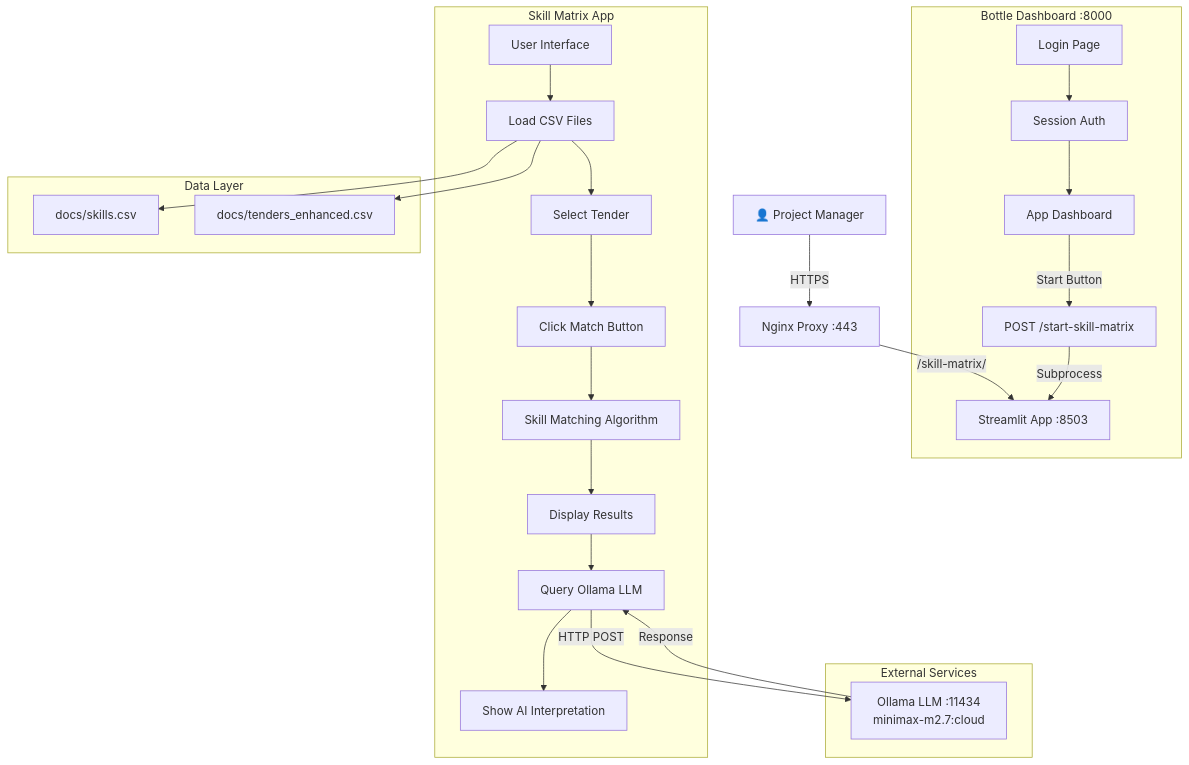
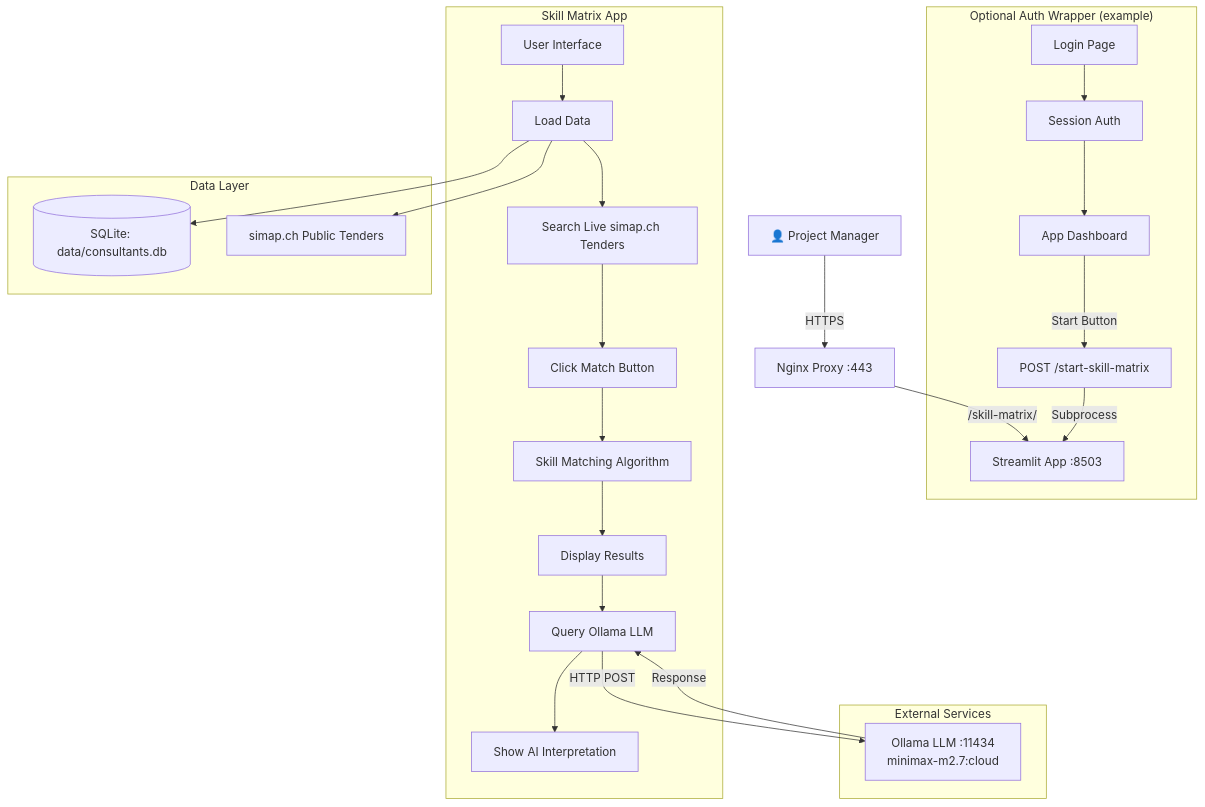
Before and after one commit to aicoreml/Skill-Matrix-Match-Simap-Tenders: the first of 10 diagrams in FLOWCHART.md, drawn with Mermaid. The commit also changed other lines of this file and 3 other files, not shown here.

````diff
--- a/FLOWCHART.md
+++ b/FLOWCHART.md
@@ -5,37 +5,37 @@
 ```mermaid
 graph TB
     User[👤 Project Manager] -->|HTTPS| Nginx[Nginx Proxy :443]
     Nginx -->|/skill-matrix/| Streamlit[Streamlit App :8503]
-    
-    subgraph "Bottle Dashboard :8000"
+
+    subgraph "Optional Auth Wrapper (example)"
         Login[Login Page] --> Auth[Session Auth]
         Auth --> Dashboard[App Dashboard]
         Dashboard -->|Start Button| StartAPI[POST /start-skill-matrix]
         StartAPI -->|Subprocess| Streamlit
     end
-    
+
     subgraph "Skill Matrix App"
-        UI[User Interface] --> LoadData[Load CSV Files]
-        LoadData --> SelectTender[Select Tender]
-        SelectTender --> MatchBtn[Click Match Button]
+        UI[User Interface] --> LoadData[Load Data]
+        LoadData --> SearchTender[Search Live simap.ch Tenders]
+        SearchTender --> MatchBtn[Click Match Button]
         MatchBtn --> SkillMatch[Skill Matching Algorithm]
         SkillMatch --> Results[Display Results]
         Results --> LLM[Query Ollama LLM]
         LLM --> Interpretation[Show AI Interpretation]
     end
     
     subgraph "Data Layer"
-        SkillsCSV[docs/skills.csv]
-        TendersCSV[docs/tenders_enhanced.csv]
+        ConsultantsDB[(SQLite: data/consultants.db)]
+        SimapAPI[simap.ch Public Tenders]
     end
     
-    LoadData --> SkillsCSV
-    LoadData --> TendersCSV
+    LoadData --> ConsultantsDB
+    LoadData --> SimapAPI
     
     subgraph "External Services"
         Ollama[Ollama LLM :11434<br/>minimax-m2.7:cloud]
     end
     
     LLM -->|HTTP POST| Ollama
     Ollama -->|Response| LLM
 ```
````
